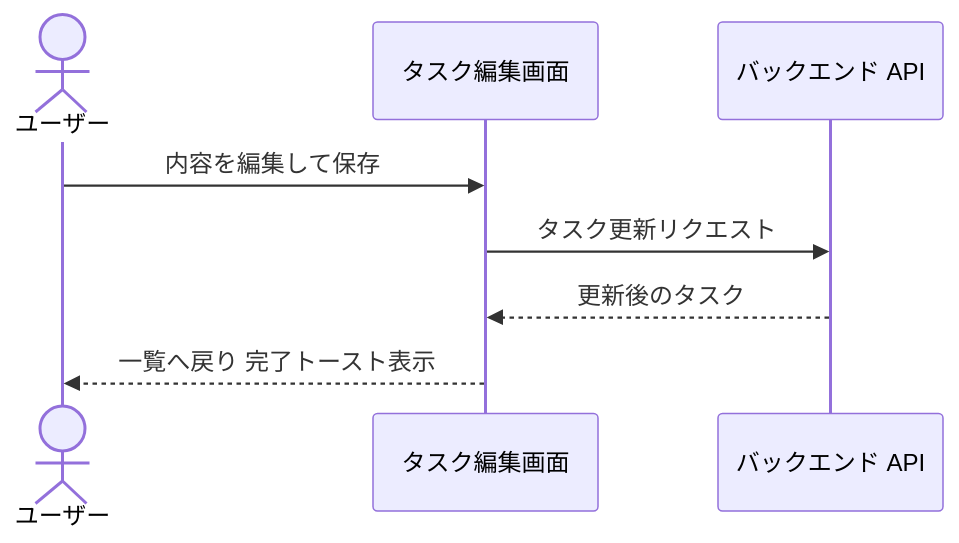
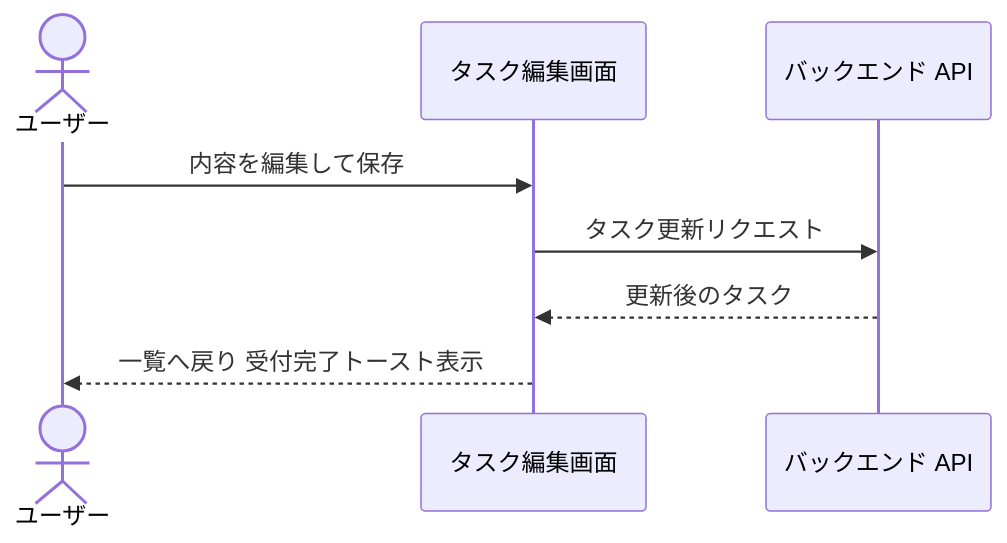
One commit to shuhei1101/ai-monitor-e2e changed the first of 2 diagrams in docs/wiki/設計図/シナリオ/単一ユースケース/タスク編集.md. Above: the diagram before and after it, drawn with Mermaid. The commit also changed other lines of this file, not shown here.

Commit message:
docs: 単一UC シナリオを非同期の結末へ修正

````diff
--- a/docs/wiki/設計図/シナリオ/単一ユースケース/タスク編集.md
+++ b/docs/wiki/設計図/シナリオ/単一ユースケース/タスク編集.md
@@ -20,11 +20,11 @@
 ```mermaid
 sequenceDiagram
   actor U as ユーザー
   participant FE as タスク編集画面
   participant BE as バックエンド API
 
   U->>FE: 内容を編集して保存
   FE->>BE: タスク更新リクエスト
   BE-->>FE: 更新後のタスク
-  FE-->>U: 一覧へ戻り 完了トースト表示
+  FE-->>U: 一覧へ戻り 受付完了トースト表示
 ```
````
